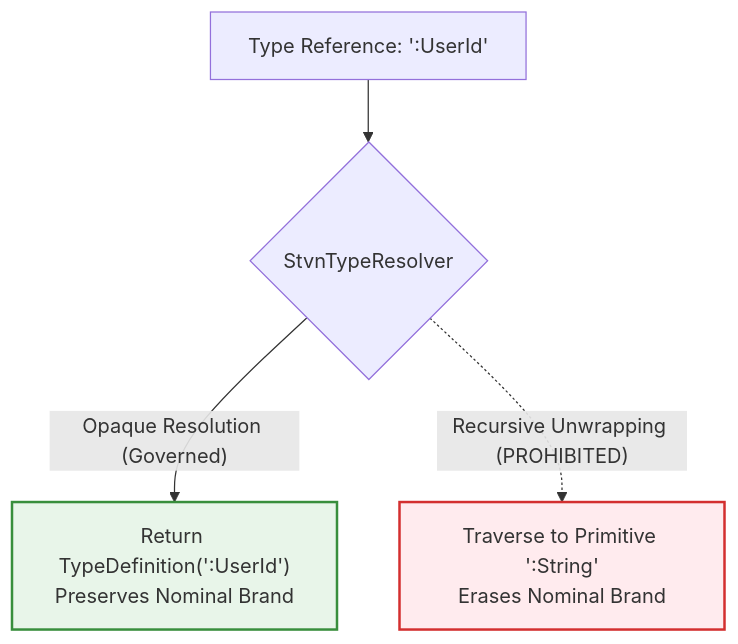
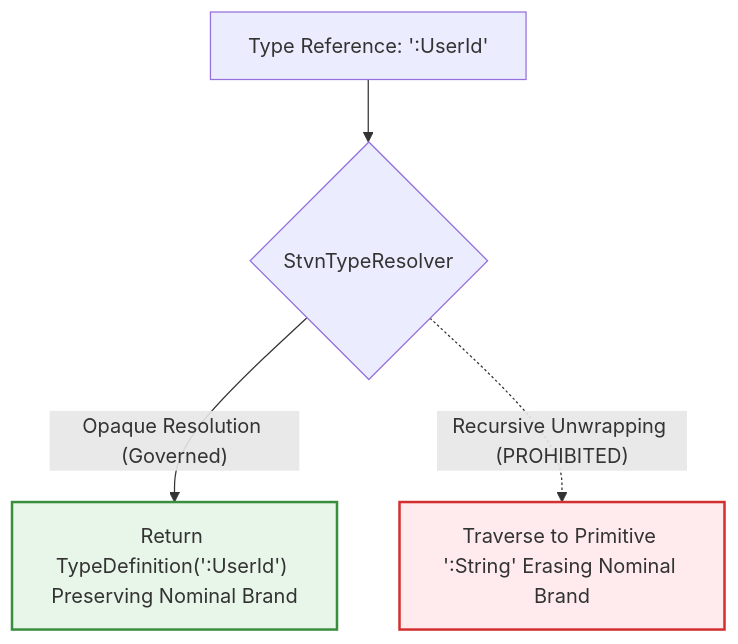
One commit to chaotic3quilibrium/stvnadore-plugin changed the third of 5 diagrams in docs/architecture/STVN_PLUGIN_SPEC.md. Above: the diagram before and after it, drawn with Mermaid. The commit also changed other lines of this file and 57 other files, not shown here.

````diff
--- a/docs/architecture/STVN_PLUGIN_SPEC.md
+++ b/docs/architecture/STVN_PLUGIN_SPEC.md
@@ -94,10 +91,10 @@
 ```mermaid
 flowchart TD
     classDef allowed fill:#E8F5E9,stroke:#388E3C,stroke-width:2px;
     classDef prohibited fill:#FFEBEE,stroke:#D32F2F,stroke-width:2px;
 
     Ref["Type Reference: ':UserId'"] --> Resolv{"StvnTypeResolver"}
 
-    Resolv -- "Opaque Resolution (Governed)" --> Shallow["Return TypeDefinition(':UserId')\nPreserves Nominal Brand"]:::allowed
-    Resolv -.->|"Recursive Unwrapping (PROHIBITED)"| Deep["Traverse to Primitive ':String'\nErases Nominal Brand"]:::prohibited
+    Resolv -- "Opaque Resolution (Governed)" --> Shallow["Return TypeDefinition(':UserId') Preserving Nominal Brand"]:::allowed
+    Resolv -.->|"Recursive Unwrapping (PROHIBITED)"| Deep["Traverse to Primitive ':String' Erasing Nominal Brand"]:::prohibited
 ```
````
